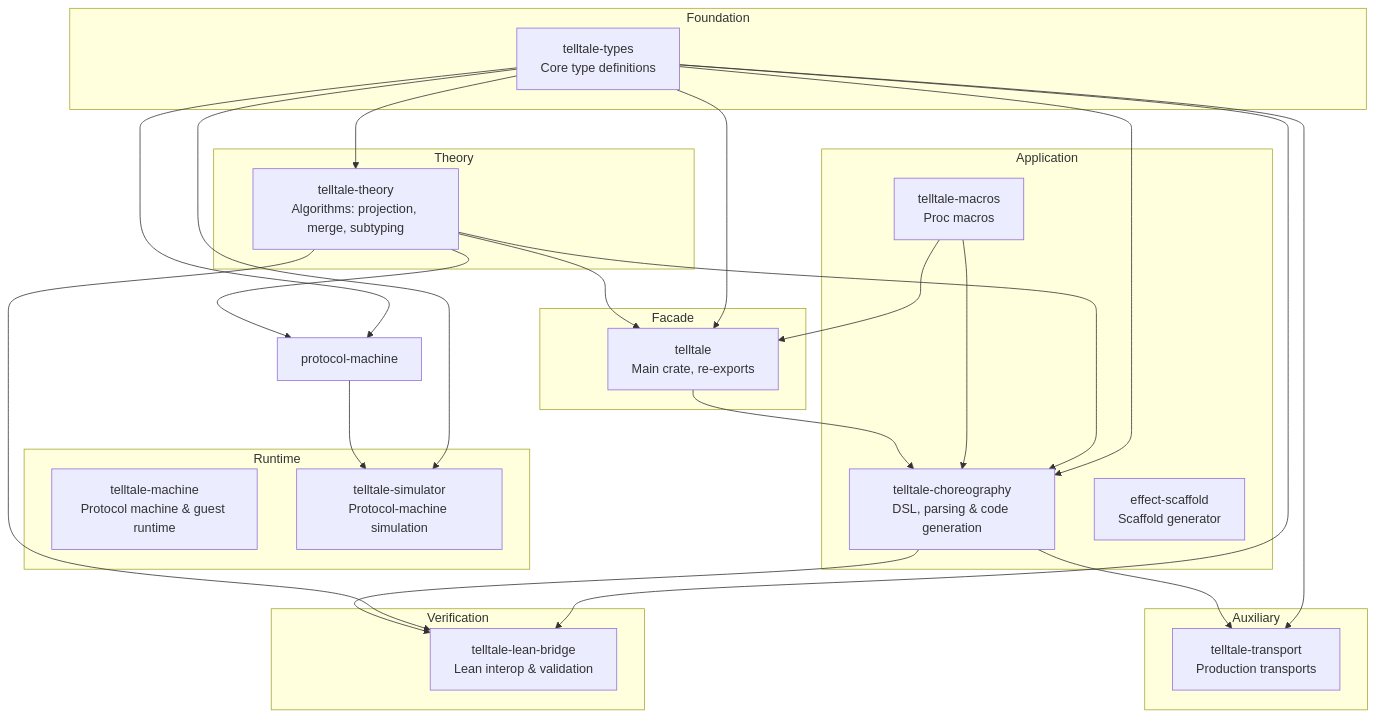
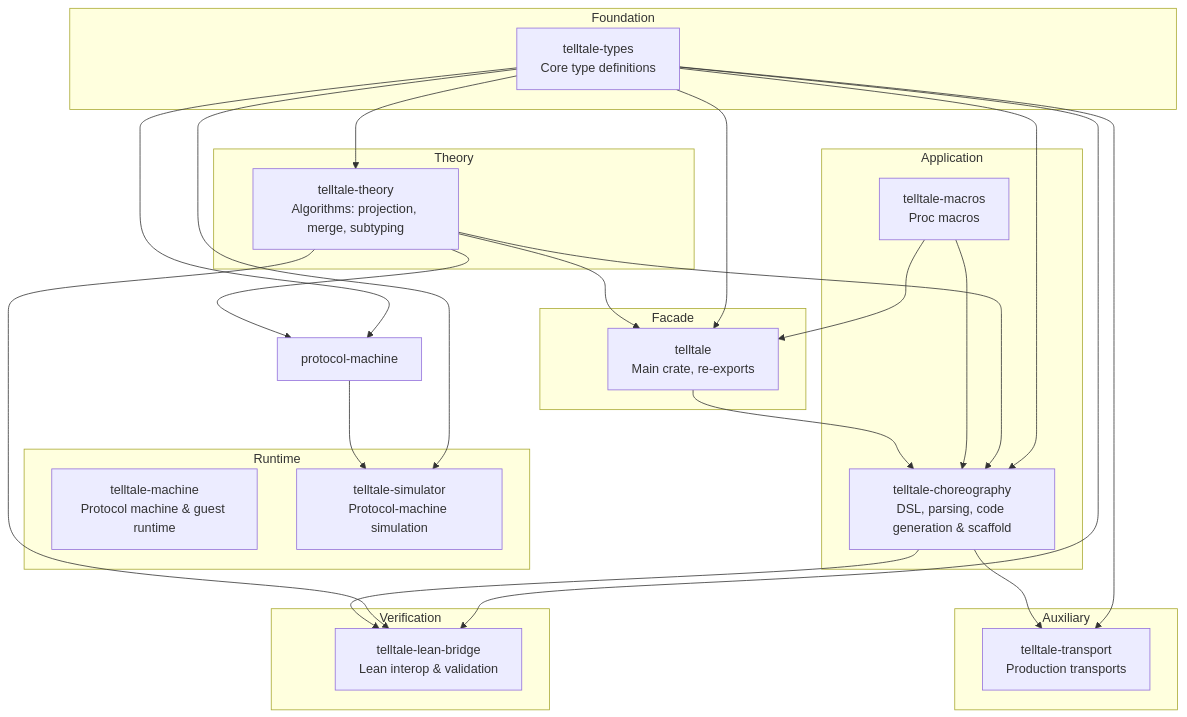
One commit to hxrts/telltale changed the diagram in docs/04_code_organization.md. Above: the diagram before and after it, drawn with Mermaid. The commit also changed other lines of this file and 13 other files, not shown here.

First line of the commit message:
refactor: merge effect-scaffold crate into telltale-choreography

````diff
--- a/docs/04_code_organization.md
+++ b/docs/04_code_organization.md
@@ -34,56 +33,55 @@
 ```mermaid
 graph TB
     subgraph Foundation
         types["telltale-types<br/>Core type definitions"]
     end
 
     subgraph Theory
         theory["telltale-theory<br/>Algorithms: projection, merge, subtyping"]
     end
 
     subgraph Verification
         lean["telltale-lean-bridge<br/>Lean interop & validation"]
     end
 
     subgraph Runtime
         vm["telltale-machine<br/>Protocol machine & guest runtime"]
         simulator["telltale-simulator<br/>Protocol-machine simulation"]
     end
 
     subgraph Application
-        choreo["telltale-choreography<br/>DSL, parsing & code generation"]
+        choreo["telltale-choreography<br/>DSL, parsing, code generation & scaffold"]
         macros["telltale-macros<br/>Proc macros"]
-        scaffold["effect-scaffold<br/>Scaffold generator"]
     end
 
     subgraph Facade
         main["telltale<br/>Main crate, re-exports"]
     end
 
     subgraph Auxiliary
         transport["telltale-transport<br/>Production transports"]
     end
 
     types --> theory
     types --> main
     types --> choreo
     types --> lean
     types --> protocol-machine
     types --> simulator
 
     theory --> main
     theory --> protocol-machine
     theory --> choreo
     theory --> lean
 
     protocol-machine --> simulator
 
     macros --> main
     macros --> choreo
     main --> choreo
 
     choreo --> lean
 
     types --> transport
     choreo --> transport
 ```
````
